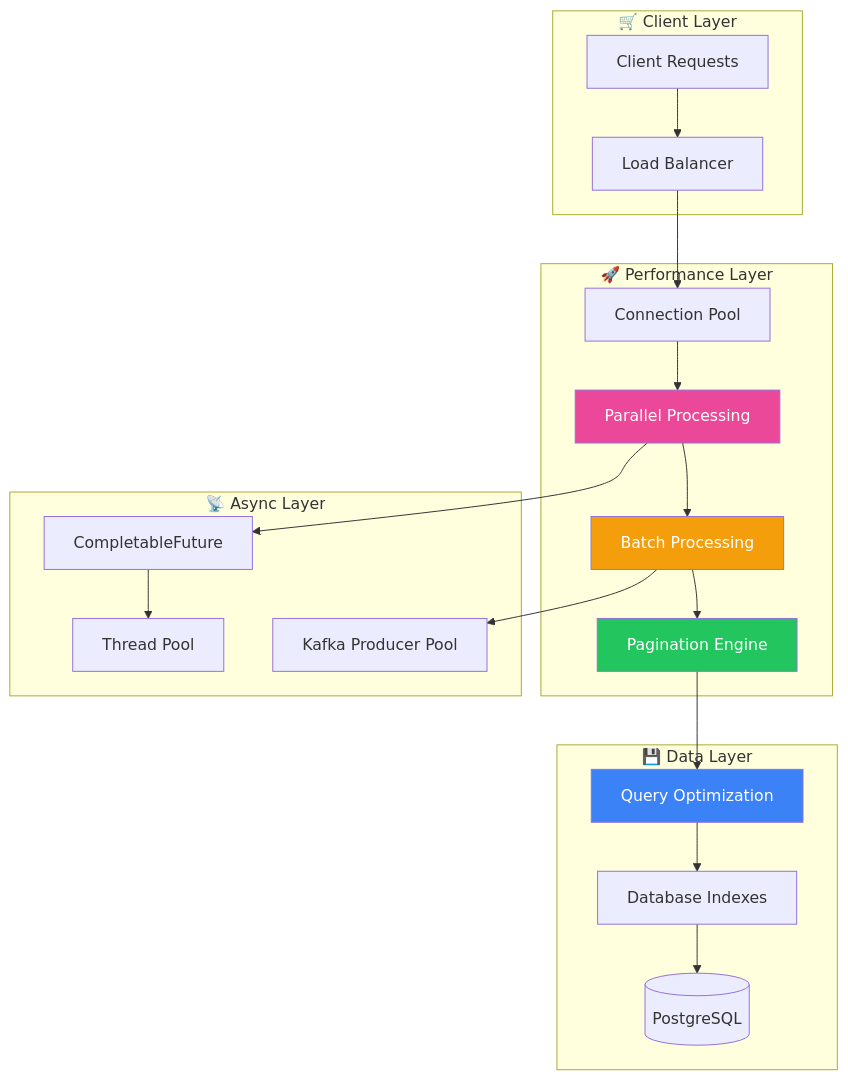
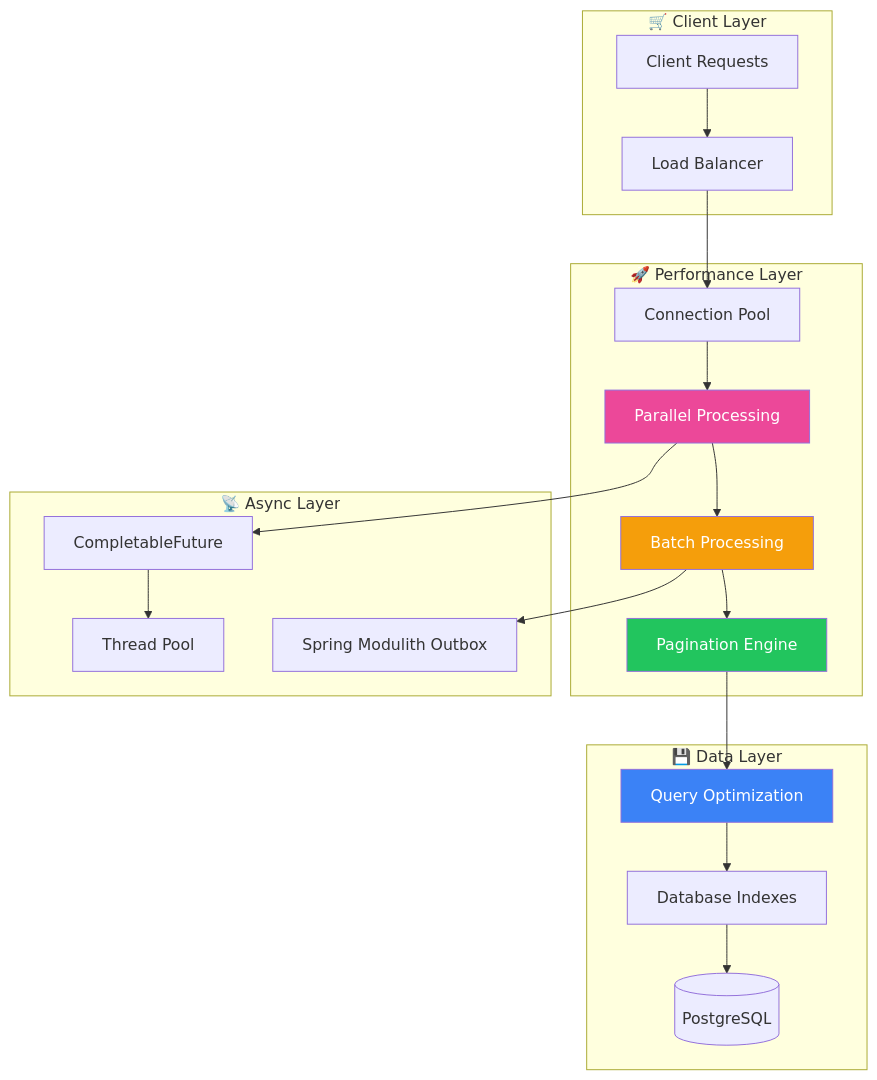
Before and after one commit to rajadilipkolli/spring-boot-microservices-series-v2: the first of 2 diagrams in order-service/docs/05-Performance-Optimizations-Deep-Dive.md, drawn with Mermaid. The commit also changed other lines of this file and 51 other files, not shown here.

````diff
--- a/order-service/docs/05-Performance-Optimizations-Deep-Dive.md
+++ b/order-service/docs/05-Performance-Optimizations-Deep-Dive.md
@@ -8,30 +8,30 @@
 ```mermaid
 graph TB
     subgraph "🛒 Client Layer"
         C[Client Requests] --> LB[Load Balancer]
     end
     
     subgraph "🚀 Performance Layer"
         LB --> CP[Connection Pool]
         CP --> PP[Parallel Processing]
         PP --> BP[Batch Processing]
         BP --> PG[Pagination Engine]
     end
     
     subgraph "💾 Data Layer"
         PG --> QO[Query Optimization]
         QO --> IDX[Database Indexes]
         IDX --> DB[(PostgreSQL)]
     end
     
     subgraph "📡 Async Layer"
-        BP --> KP[Kafka Producer Pool]
+        BP --> KP[Spring Modulith Outbox]
         PP --> CF[CompletableFuture]
         CF --> TP[Thread Pool]
     end
     
     style PP fill:#ec4899,color:#ffffff
     style BP fill:#f59e0b,color:#ffffff
     style PG fill:#22c55e,color:#ffffff
     style QO fill:#3b82f6,color:#ffffff
 ```
````
